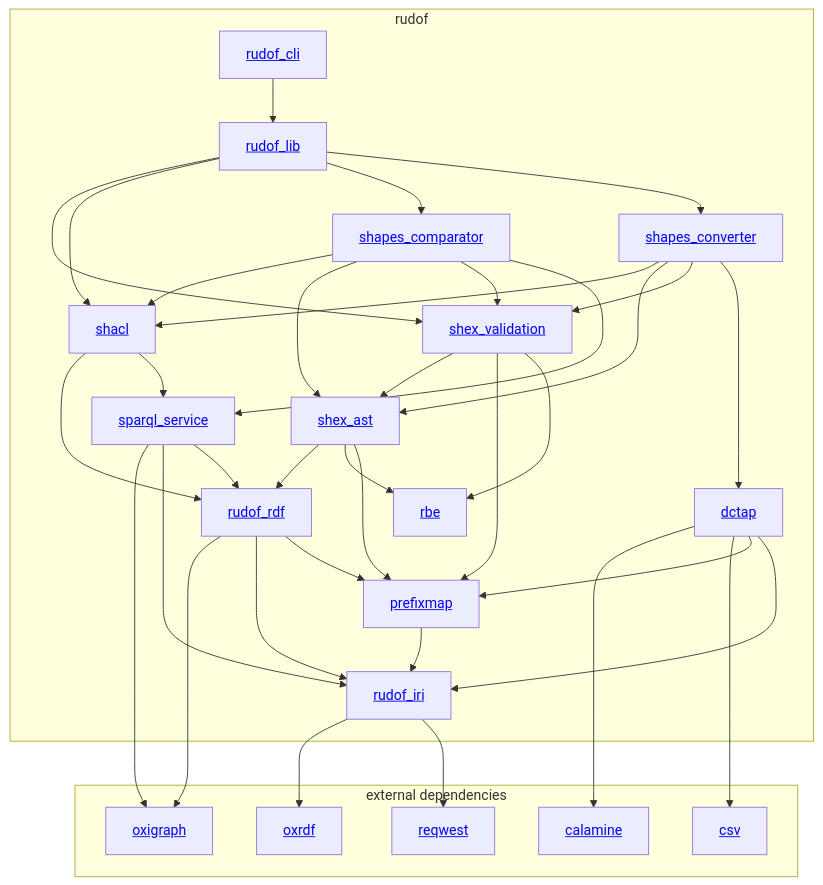
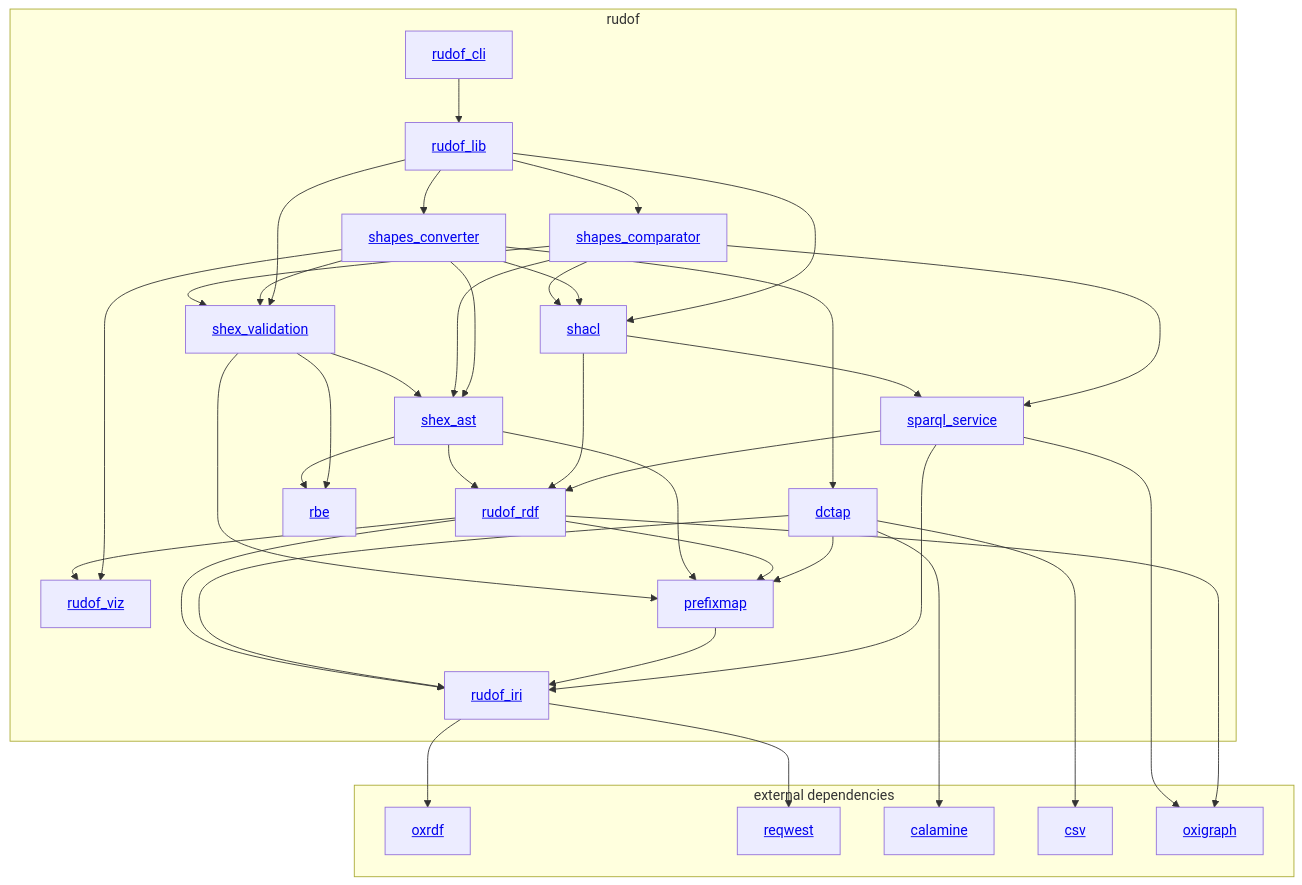
The diagram in docs/src/internals/architecture.md (rudof-project/rudof), drawn with Mermaid before and after one commit. The commit also changed 8 other files, not shown here.

````diff
--- a/docs/src/internals/architecture.md
+++ b/docs/src/internals/architecture.md
@@ -5,60 +5,63 @@
 ```mermaid
 graph TD;
  rudof_iri --> oxrdf;
  rudof_iri --> reqwest ;
  dctap --> calamine ;
  dctap --> csv ;
  sparql_service --> oxigraph ;
  rudof_rdf --> oxigraph ;
 subgraph rudof
     rudof_lib[<a href='https://crates.io/crates/rudof_lib'>rudof_lib</a>];
     rudof_cli[<a href='https://crates.io/crates/rudof_cli'>rudof_cli</a>];
     shex_ast[<a href='https://crates.io/crates/shex_ast'>shex_ast</a>];
     rudof_rdf[<a href='https://crates.io/crates/rudof_rdf'>rudof_rdf</a>];
+    rudof_viz[<a href='https://crates.io/crates/rudof_viz'>rudof_viz</a>];
     shex_validation[<a href='https://crates.io/crates/shex_validation'>shex_validation</a>];
     shacl[<a href='https://crates.io/crates/shacl'>shacl</a>];
     shapes_comparator[<a href='https://crates.io/crates/shapes_comparator'>shapes_comparator</a>];
     rudof_iri[<a href='https://crates.io/crates/rudof_iri'>rudof_iri</a>];
     prefixmap[<a href='https://crates.io/crates/prefixmap'>prefixmap</a>];
     rbe[<a href='https://crates.io/crates/rbe'>rbe</a>];
     shapes_converter[<a href='https://crates.io/crates/shapes_converter'>shapes_converter</a>];
  dctap[<a href='https://crates.io/crates/dctap'>dctap</a>];
  sparql_service[<a href='https://crates.io/crates/sparql_service'>sparql_service</a>];
 
  rudof_cli --> rudof_lib ;
  shex_ast --> rudof_rdf ;
  shex_ast --> rbe;
  shex_validation-->shex_ast;
  rudof_rdf-->rudof_iri;
+ rudof_rdf-->rudof_viz;
+ shapes_converter-->rudof_viz;
  shacl-->rudof_rdf;
  shacl-->sparql_service;
  shex_validation-->prefixmap;
  shex_ast-->prefixmap;
  rudof_rdf-->prefixmap;
  shex_validation-->rbe;
  dctap-->prefixmap;
  dctap --> rudof_iri;
  shapes_comparator-->shacl;
  shapes_comparator-->shex_ast;
  shapes_comparator-->shex_validation;
  shapes_comparator-->sparql_service;
  shapes_converter-->shacl;
  shapes_converter-->shex_ast;
  shapes_converter-->shex_validation;
  shapes_converter-->dctap;
  prefixmap --> rudof_iri ;
  sparql_service --> rudof_iri ;
  sparql_service --> rudof_rdf ;
  rudof_lib --> shex_validation ;
  rudof_lib --> shacl ;
  rudof_lib --> shapes_comparator ;
  rudof_lib --> shapes_converter ;
 end
 subgraph external dependencies
  oxigraph[<a href='https://crates.io/crates/oxigraph'>oxigraph</a>] ;
  oxrdf[<a href='https://crates.io/crates/oxrdf'>oxrdf</a>] ;
  calamine[<a href='https://docs.rs/calamine/latest/calamine/'>calamine</a>] ;
  reqwest[<a href='https://docs.rs/reqwest/latest/reqwest/'>reqwest</a>] ;
  csv[<a href='https://docs.rs/csv/latest/csv/'>csv</a>]
 end
 ```
````
